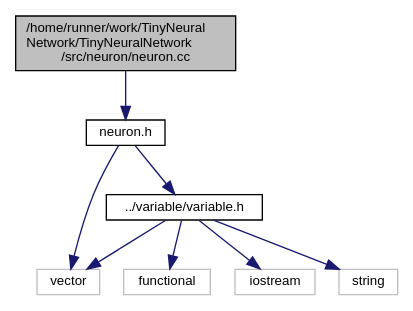
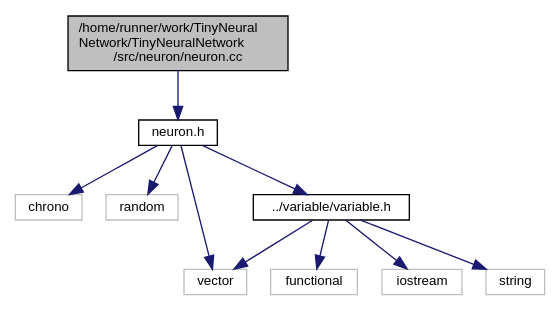
One commit to MaoSong2022/TinyNeuralNetwork changed the diagram in neuron_8cc__incl.dot. Above: the diagram before and after it, drawn with Graphviz. The commit also changed 93 other files, not shown here.

```diff
--- a/neuron_8cc__incl.dot
+++ b/neuron_8cc__incl.dot
@@ -1,20 +1,24 @@
 digraph "/home/runner/work/TinyNeuralNetwork/TinyNeuralNetwork/src/neuron/neuron.cc"
 {
  // LATEX_PDF_SIZE
   edge [fontname="Helvetica",fontsize="10",labelfontname="Helvetica",labelfontsize="10"];
   node [fontname="Helvetica",fontsize="10",shape=record];
   Node1 [label="/home/runner/work/TinyNeural\lNetwork/TinyNeuralNetwork\l/src/neuron/neuron.cc",height=0.2,width=0.4,color="black", fillcolor="grey75", style="filled", fontcolor="black",tooltip=" "];
   Node1 -> Node2 [color="midnightblue",fontsize="10",style="solid",fontname="Helvetica"];
   Node2 [label="neuron.h",height=0.2,width=0.4,color="black", fillcolor="white", style="filled",URL="$neuron_8h.html",tooltip=" "];
   Node2 -> Node3 [color="midnightblue",fontsize="10",style="solid",fontname="Helvetica"];
-  Node3 [label="vector",height=0.2,width=0.4,color="grey75", fillcolor="white", style="filled",tooltip=" "];
+  Node3 [label="chrono",height=0.2,width=0.4,color="grey75", fillcolor="white", style="filled",tooltip=" "];
   Node2 -> Node4 [color="midnightblue",fontsize="10",style="solid",fontname="Helvetica"];
-  Node4 [label="../variable/variable.h",height=0.2,width=0.4,color="black", fillcolor="white", style="filled",URL="$variable_8h.html",tooltip=" "];
-  Node4 -> Node5 [color="midnightblue",fontsize="10",style="solid",fontname="Helvetica"];
-  Node5 [label="functional",height=0.2,width=0.4,color="grey75", fillcolor="white", style="filled",tooltip=" "];
-  Node4 -> Node6 [color="midnightblue",fontsize="10",style="solid",fontname="Helvetica"];
-  Node6 [label="iostream",height=0.2,width=0.4,color="grey75", fillcolor="white", style="filled",tooltip=" "];
-  Node4 -> Node7 [color="midnightblue",fontsize="10",style="solid",fontname="Helvetica"];
-  Node7 [label="string",height=0.2,width=0.4,color="grey75", fillcolor="white", style="filled",tooltip=" "];
-  Node4 -> Node3 [color="midnightblue",fontsize="10",style="solid",fontname="Helvetica"];
+  Node4 [label="random",height=0.2,width=0.4,color="grey75", fillcolor="white", style="filled",tooltip=" "];
+  Node2 -> Node5 [color="midnightblue",fontsize="10",style="solid",fontname="Helvetica"];
+  Node5 [label="vector",height=0.2,width=0.4,color="grey75", fillcolor="white", style="filled",tooltip=" "];
+  Node2 -> Node6 [color="midnightblue",fontsize="10",style="solid",fontname="Helvetica"];
+  Node6 [label="../variable/variable.h",height=0.2,width=0.4,color="black", fillcolor="white", style="filled",URL="$variable_8h.html",tooltip=" "];
+  Node6 -> Node7 [color="midnightblue",fontsize="10",style="solid",fontname="Helvetica"];
+  Node7 [label="functional",height=0.2,width=0.4,color="grey75", fillcolor="white", style="filled",tooltip=" "];
+  Node6 -> Node8 [color="midnightblue",fontsize="10",style="solid",fontname="Helvetica"];
+  Node8 [label="iostream",height=0.2,width=0.4,color="grey75", fillcolor="white", style="filled",tooltip=" "];
+  Node6 -> Node9 [color="midnightblue",fontsize="10",style="solid",fontname="Helvetica"];
+  Node9 [label="string",height=0.2,width=0.4,color="grey75", fillcolor="white", style="filled",tooltip=" "];
+  Node6 -> Node5 [color="midnightblue",fontsize="10",style="solid",fontname="Helvetica"];
 }
```
